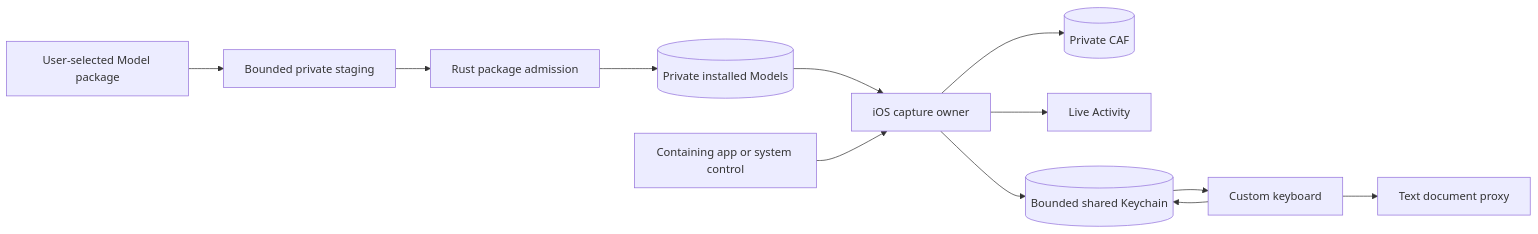
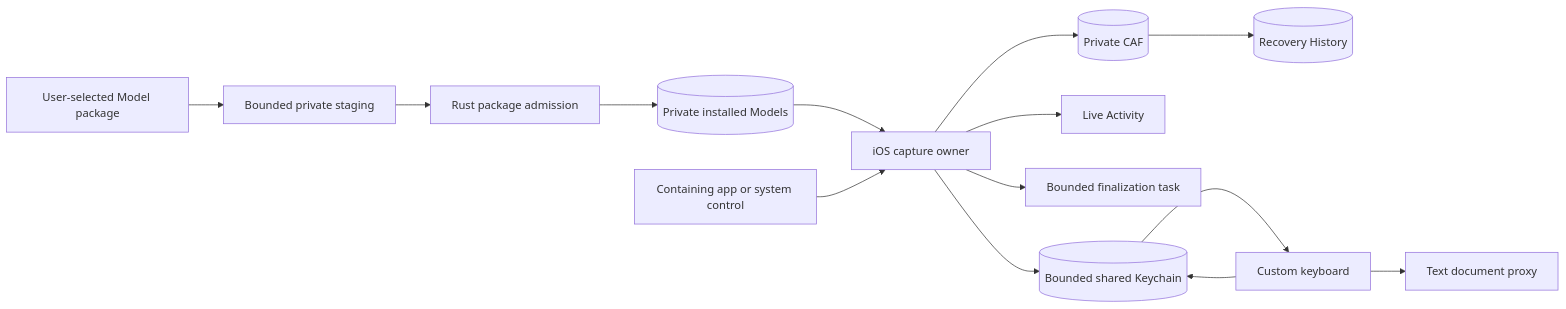
One commit to MarcusJRLee/hardware_controller changed the second of 2 diagrams in docs/architecture.md. Above: the diagram before and after it, drawn with Mermaid. The commit also changed other lines of this file and 23 other files, not shown here.

````diff
--- a/docs/architecture.md
+++ b/docs/architecture.md
@@ -147,14 +147,16 @@
 ```mermaid
 flowchart LR
   FILES[User-selected Model package] --> STAGING[Bounded private staging]
   STAGING --> RUST[Rust package admission]
   RUST --> MODELS[(Private installed Models)]
   MODELS --> OWNER
   SYSTEM[Containing app or system control] --> OWNER[iOS capture owner]
   OWNER --> AUDIO[(Private CAF)]
   OWNER --> ACTIVITY[Live Activity]
+  OWNER --> BACKGROUND[Bounded finalization task]
+  AUDIO --> RECOVERY[(Recovery History)]
   OWNER --> HANDOFF[(Bounded shared Keychain)]
   KEYBOARD[Custom keyboard] --> HANDOFF
   HANDOFF --> KEYBOARD
   KEYBOARD --> TARGET[Text document proxy]
 ```
````
